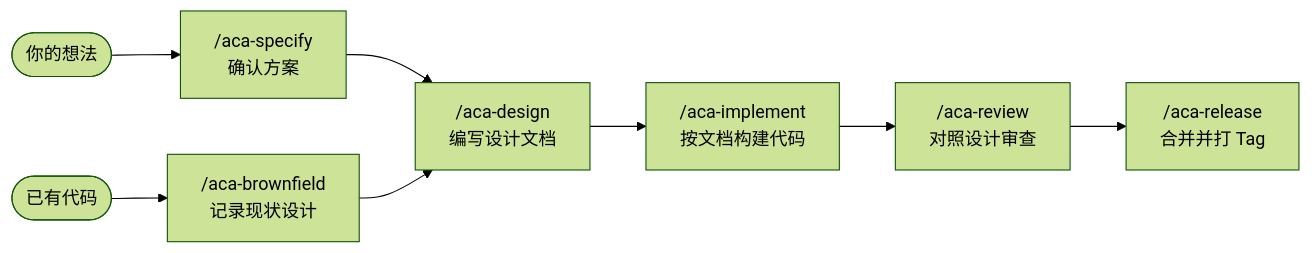
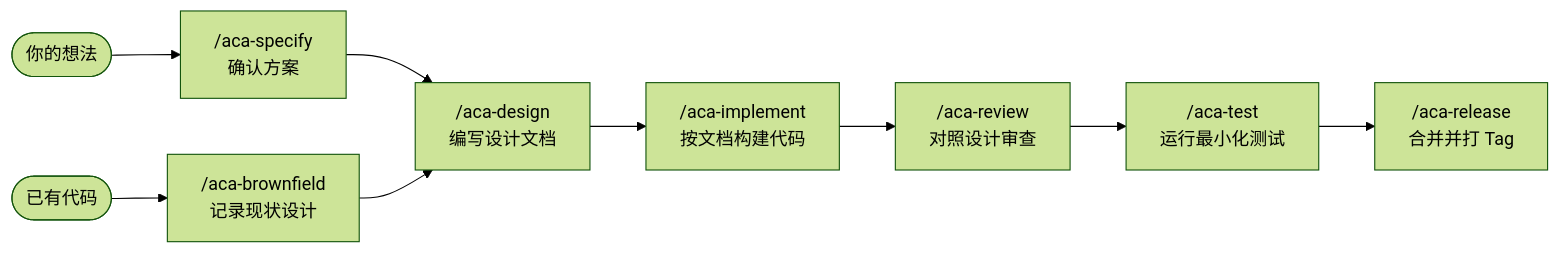
The diagram in README.zh-CN.md (ruozi/anyone-can-architect), drawn with Mermaid (forest theme) before and after one commit. The commit also changed other lines of this file and 116 other files, not shown here.

Commit message:
feat(aca-test): add independent test skill and decouple test execution from implement and review

````diff
--- a/README.zh-CN.md
+++ b/README.zh-CN.md
@@ -30,10 +30,11 @@
 ```mermaid
 flowchart LR
     Idea([你的想法]) --> Specify["/aca-specify<br>确认方案"]
     Existing([已有代码]) --> Brownfield["/aca-brownfield<br>记录现状设计"]
     Specify --> Design["/aca-design<br>编写设计文档"]
     Brownfield --> Design
     Design --> Implement["/aca-implement<br>按文档构建代码"]
     Implement --> Review["/aca-review<br>对照设计审查"]
-    Review --> Release["/aca-release<br>合并并打 Tag"]
+    Review --> Test["/aca-test<br>运行最小化测试"]
+    Test --> Release["/aca-release<br>合并并打 Tag"]
 ```
````
